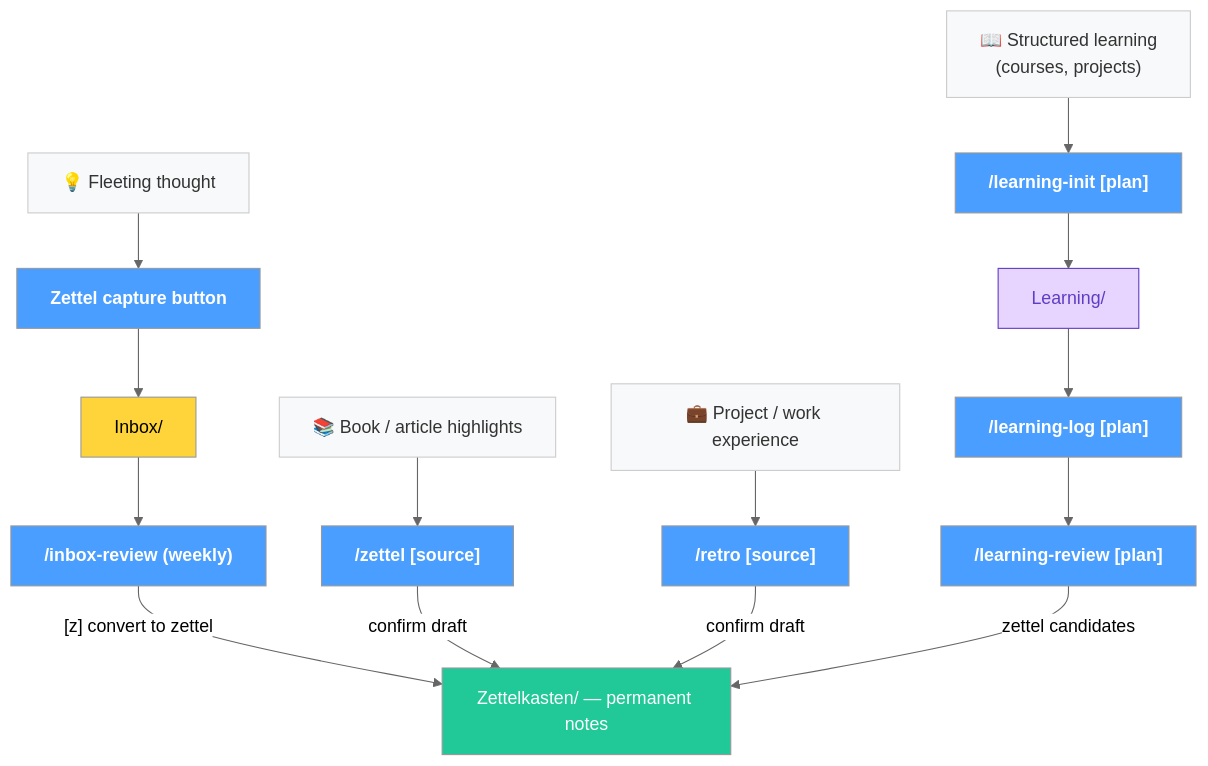
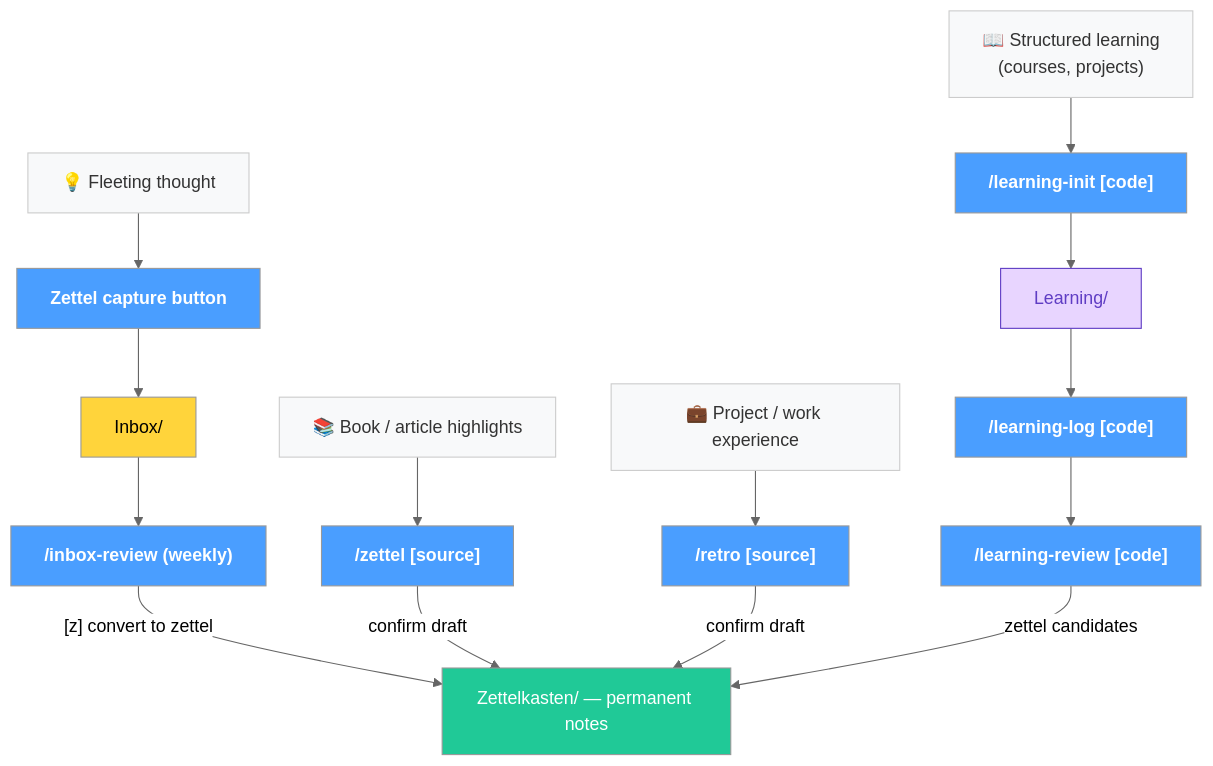
The third of 4 diagrams in README.md (yepengfan/obsidian-workflow), drawn with Mermaid (neutral theme) before and after one commit.

Commit message:
Fix learning command labels in Knowledge Flow diagram
Update [plan] to [code] to match actual usage where commands
accept code shorthand (e.g. AISA) as the primary identifier.

````diff
--- a/README.md
+++ b/README.md
@@ -131,36 +131,36 @@
 ```mermaid
 flowchart TD
     classDef cmd fill:#4a9eff,color:#fff,font-weight:bold
     classDef store fill:#20c997,color:#fff
     classDef inbox fill:#ffd43b,color:#000
     classDef source fill:#f8f9fa,color:#333,stroke:#ccc
     classDef plan fill:#e8d5ff,color:#5f3dc4,stroke:#5f3dc4
 
     THOUGHT["💡 Fleeting thought"]:::source
     BOOK["📚 Book / article highlights"]:::source
     WORK_EXP["💼 Project / work experience"]:::source
     COURSE["📖 Structured learning<br/>(courses, projects)"]:::source
 
     BTN["Zettel capture button"]:::cmd
     INBOX["Inbox/"]:::inbox
     IR["/inbox-review (weekly)"]:::cmd
     ZT["/zettel [source]"]:::cmd
     RT["/retro [source]"]:::cmd
-    LI["/learning-init [plan]"]:::cmd
-    LL["/learning-log [plan]"]:::cmd
-    LR["/learning-review [plan]"]:::cmd
+    LI["/learning-init [code]"]:::cmd
+    LL["/learning-log [code]"]:::cmd
+    LR["/learning-review [code]"]:::cmd
 
     PLAN["Learning/"]:::plan
     ZK["Zettelkasten/ — permanent notes"]:::store
 
     THOUGHT --> BTN --> INBOX --> IR
     BOOK --> ZT
     WORK_EXP --> RT
     COURSE --> LI --> PLAN
     PLAN --> LL --> LR
 
     IR -->|"[z] convert to zettel"| ZK
     ZT -->|"confirm draft"| ZK
     RT -->|"confirm draft"| ZK
     LR -->|"zettel candidates"| ZK
 ```
````
